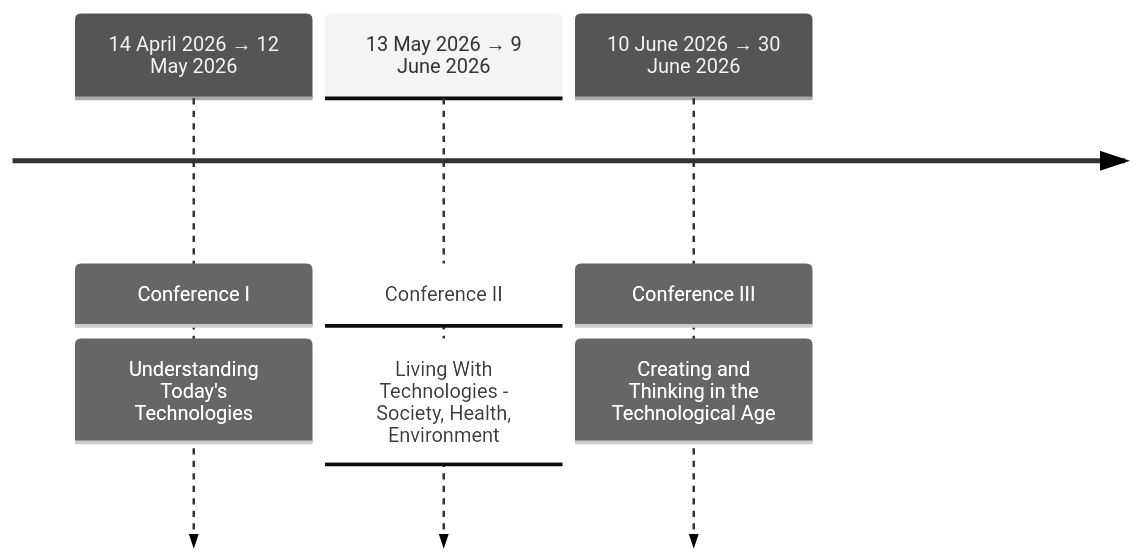
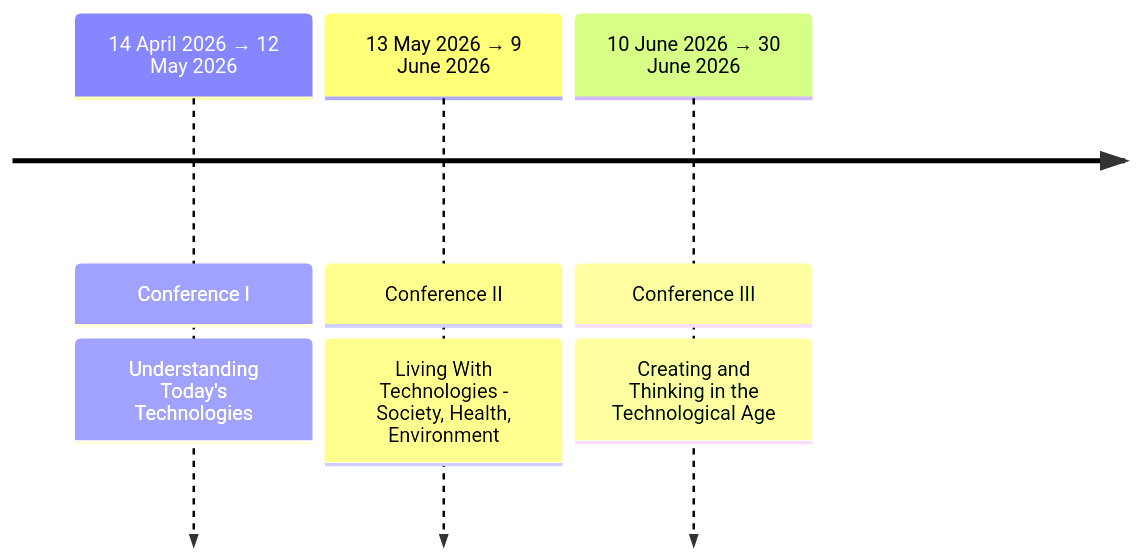
The diagram in technology.qmd (hwattez/cytopia-book), drawn with Mermaid before and after one commit. The commit also changed other lines of this file and 10 other files, not shown here.

````diff
--- a/technology.qmd
+++ b/technology.qmd
@@ -13,16 +11,16 @@
 ```{mermaid}
 %%| fig-width: 4.5
 %%| label: fig-timeline-tech
-%%| fig-cap: Timeline of the cycle about techonology
+%%| fig-cap: Timeline of the cycle about technology
 ---
 config:
-  theme: 'neutral'
+theme: 'neutral'
 ---
 timeline
-  14 April 2026 → 12 May 2026     : Conference I
-                  : Understanding Today's Technologies
-  13 May 2026 → 9 June 2026       : Conference II
-                  : Living With Technologies - Society, Health, Environment
-  10 June 2026 → 30 June 2026     : Conference III
-                  : Creating and Thinking in the Technological Age
+14 April 2026 → 12 May 2026     : Conference I
+              : Understanding Today's Technologies
+13 May 2026 → 9 June 2026       : Conference II
+              : Living With Technologies - Society, Health, Environment
+10 June 2026 → 30 June 2026     : Conference III
+              : Creating and Thinking in the Technological Age
 ```
````
